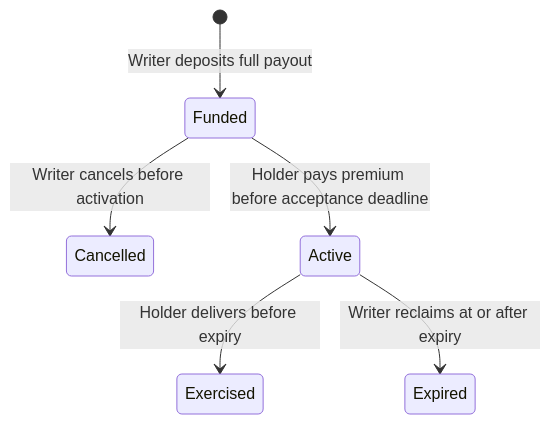
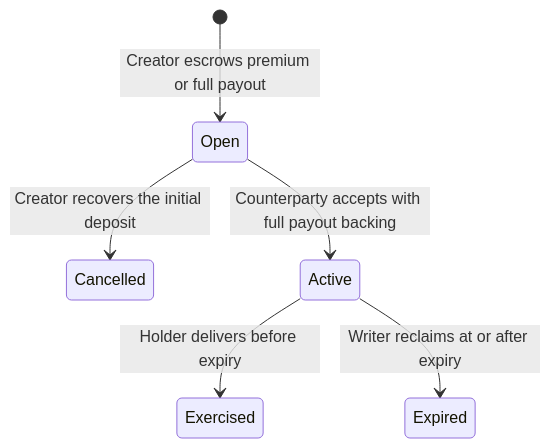
One commit to binqbit/volaryn changed the second of 2 diagrams in docs/architecture.md. Above: the diagram before and after it, drawn with Mermaid. The commit also changed other lines of this file and 9 other files, not shown here.

````diff
--- a/docs/architecture.md
+++ b/docs/architecture.md
@@ -189,8 +189,8 @@
 ```mermaid
 stateDiagram-v2
-    [*] --> Funded: Writer deposits full payout
-    Funded --> Cancelled: Writer cancels before activation
-    Funded --> Active: Holder pays premium before acceptance deadline
+    [*] --> Open: Creator escrows premium or full payout
+    Open --> Cancelled: Creator recovers the initial deposit
+    Open --> Active: Counterparty accepts with full payout backing
     Active --> Exercised: Holder delivers before expiry
     Active --> Expired: Writer reclaims at or after expiry
 ```
````
